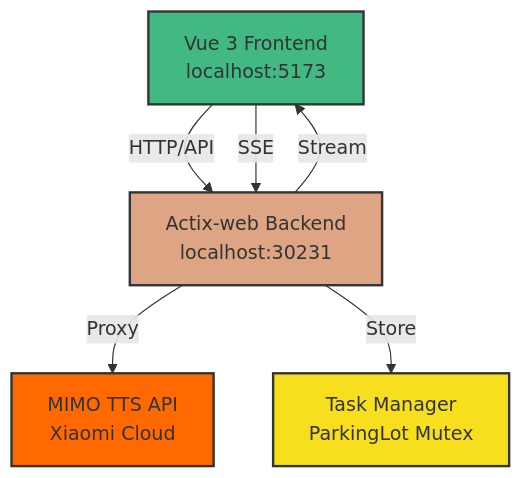
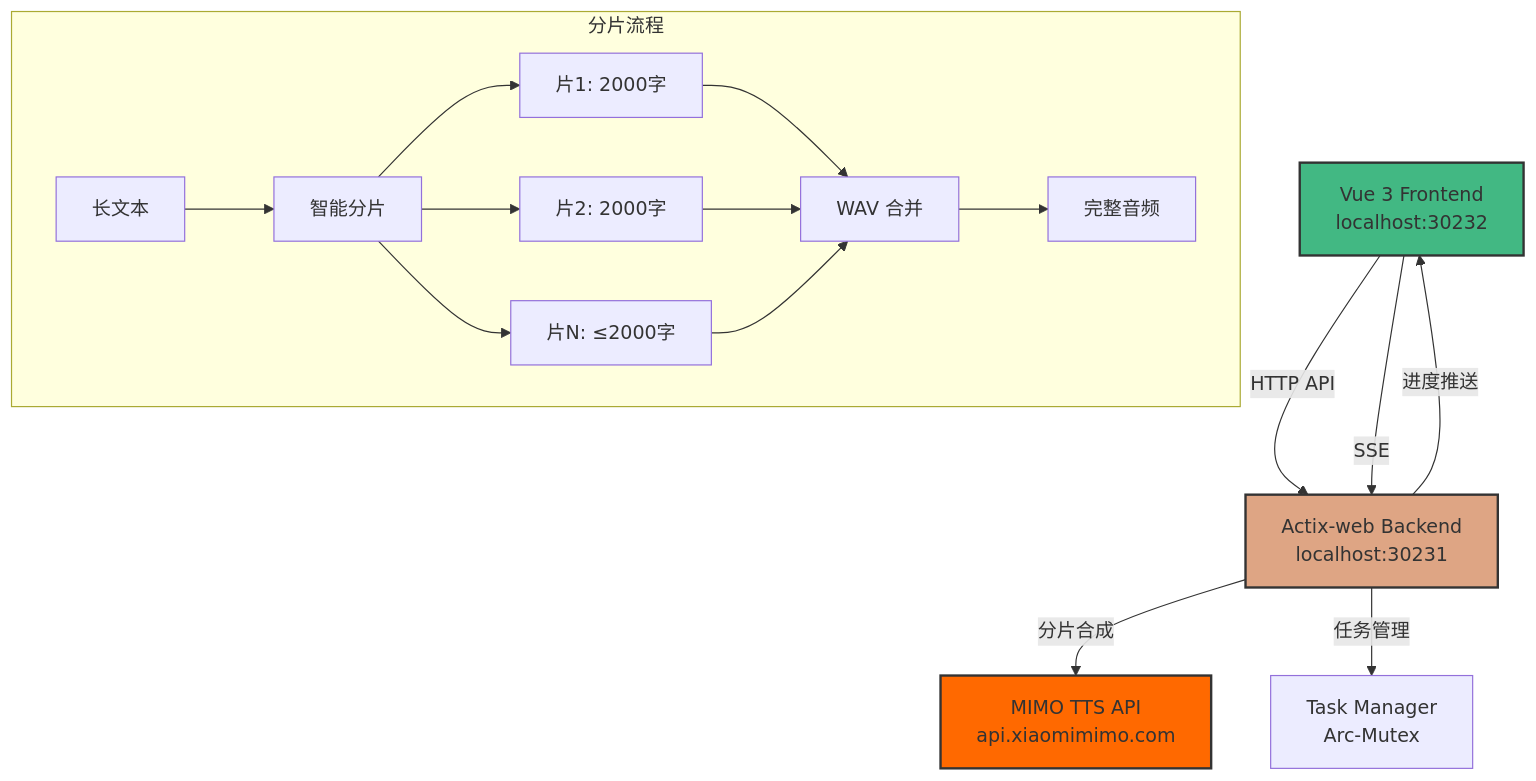
Before and after one commit to UnforgetMemory/UMMimoTTS: the diagram in README.md, drawn with Mermaid. The commit also changed other lines of this file and 4 other files, not shown here.

````diff
--- a/README.md
+++ b/README.md
@@ -79,13 +118,23 @@
 ```mermaid
 graph TB
-    Client[Vue 3 Frontend<br/>localhost:5173] -->|HTTP/API| Backend[Actix-web Backend<br/>localhost:30231]
-    Backend -->|Proxy| MIMO[MIMO TTS API<br/>Xiaomi Cloud]
-    Backend -->|Store| State[Task Manager<br/>ParkingLot Mutex]
+    Client[Vue 3 Frontend<br/>localhost:30232] -->|HTTP API| Backend[Actix-web Backend<br/>localhost:30231]
+    Backend -->|分片合成| MIMO[MIMO TTS API<br/>api.xiaomimimo.com]
+    Backend -->|任务管理| State[Task Manager<br/>Arc-Mutex]
     Client -->|SSE| Backend
-    Backend -->|Stream| Client
+    Backend -->|进度推送| Client
+    
+    subgraph 分片流程
+        Text[长文本] --> Split[智能分片]
+        Split --> Chunk1[片1: 2000字]
+        Split --> Chunk2[片2: 2000字]
+        Split --> Chunk3[片N: ≤2000字]
+        Chunk1 --> Merge[WAV 合并]
+        Chunk2 --> Merge
+        Chunk3 --> Merge
+        Merge --> Audio[完整音频]
+    end
     
     style Client fill:#42b883,stroke:#333,stroke-width:2px
     style Backend fill:#dea584,stroke:#333,stroke-width:2px
     style MIMO fill:#ff6900,stroke:#333,stroke-width:2px
-    style State fill:#f7df1e,stroke:#333,stroke-width:2px
 ```
````
